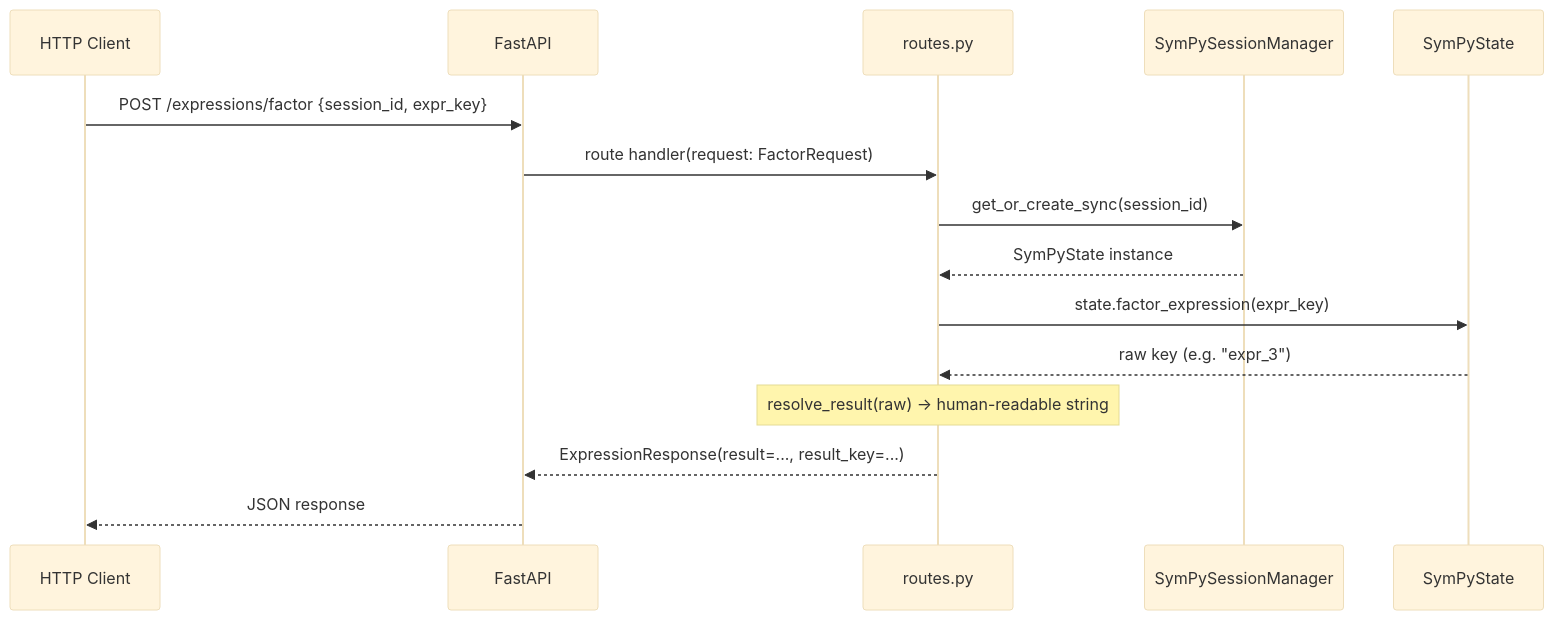
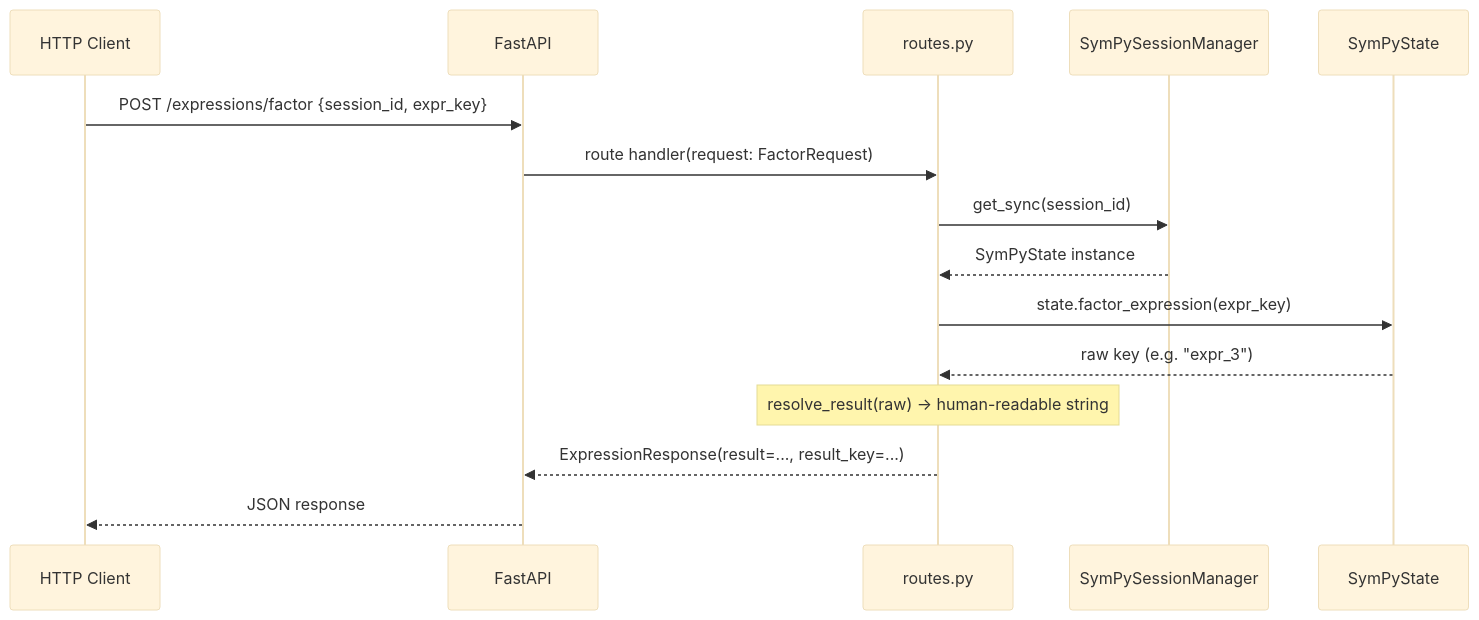
One commit to geosp/sympy-mcp changed the fourth of 7 diagrams in docs/architecture.md. Above: the diagram before and after it, drawn with Mermaid (base theme). The commit also changed other lines of this file and 43 other files, not shown here.

````diff
--- a/docs/architecture.md
+++ b/docs/architecture.md
@@ -113,18 +115,18 @@
 ```mermaid
 sequenceDiagram
     participant Client as HTTP Client
     participant FastAPI
     participant Route as routes.py
     participant SM as SymPySessionManager
     participant State as SymPyState
 
     Client->>FastAPI: POST /expressions/factor {session_id, expr_key}
     FastAPI->>Route: route handler(request: FactorRequest)
-    Route->>SM: get_or_create_sync(session_id)
+    Route->>SM: get_sync(session_id)
     SM-->>Route: SymPyState instance
     Route->>State: state.factor_expression(expr_key)
     State-->>Route: raw key (e.g. "expr_3")
     Note over Route: resolve_result(raw) → human-readable string
     Route-->>FastAPI: ExpressionResponse(result=..., result_key=...)
     FastAPI-->>Client: JSON response
 ```
````
